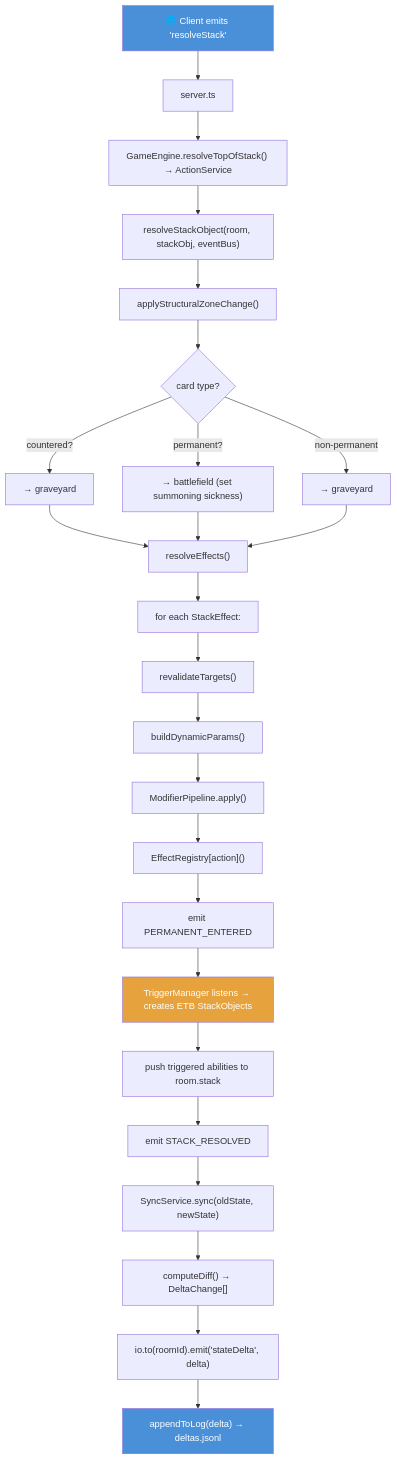
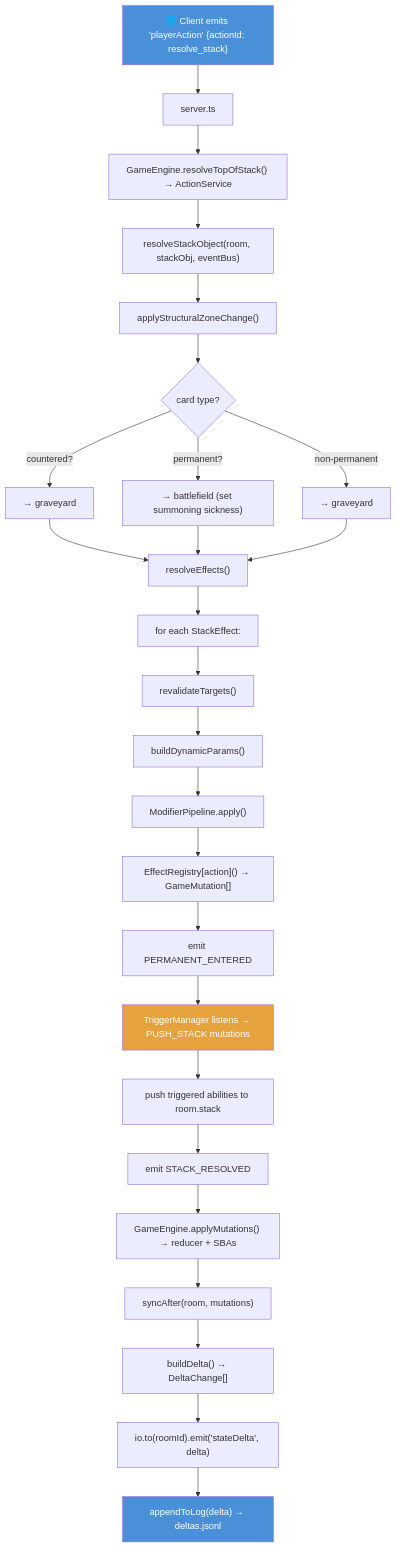
One commit to sschan39/card-game changed the second of 5 diagrams in ARCHITECTURE.md. Above: the diagram before and after it, drawn with Mermaid. The commit also changed other lines of this file, not shown here.

````diff
--- a/ARCHITECTURE.md
+++ b/ARCHITECTURE.md
@@ -519,38 +695,39 @@
 ```mermaid
 flowchart TD
-    A["🌐 Client emits 'resolveStack'"] --> B["server.ts"]
+    A["🌐 Client emits 'playerAction' {actionId: resolve_stack}"] --> B["server.ts"]
     B --> C["GameEngine.resolveTopOfStack() → ActionService"]
 
     C --> D["resolveStackObject(room, stackObj, eventBus)"]
 
     D --> E["applyStructuralZoneChange()"]
     E --> E1{"card type?"}
     E1 -->|"countered?"| E2["→ graveyard"]
     E1 -->|"permanent?"| E3["→ battlefield (set summoning sickness)"]
     E1 -->|"non-permanent"| E4["→ graveyard"]
 
     E2 --> F["resolveEffects()"]
     E3 --> F
     E4 --> F
 
     F --> G["for each StackEffect:"]
     G --> G1["revalidateTargets()"]
     G1 --> G2["buildDynamicParams()"]
     G2 --> G3["ModifierPipeline.apply()"]
-    G3 --> G4["EffectRegistry[action]()"]
+    G3 --> G4["EffectRegistry[action]() → GameMutation[]"]
 
     G4 --> H["emit PERMANENT_ENTERED"]
-    H --> H1["TriggerManager listens → creates ETB StackObjects"]
+    H --> H1["TriggerManager listens → PUSH_STACK mutations"]
     H1 --> H2["push triggered abilities to room.stack"]
 
     H2 --> I["emit STACK_RESOLVED"]
+    I --> I0["GameEngine.applyMutations() → reducer + SBAs"]
 
-    I --> J["SyncService.sync(oldState, newState)"]
-    J --> J1["computeDiff() → DeltaChange[]"]
+    I0 --> J["syncAfter(room, mutations)"]
+    J --> J1["buildDelta() → DeltaChange[]"]
     J1 --> J2["io.to(roomId).emit('stateDelta', delta)"]
     J2 --> J3["appendToLog(delta) → deltas.jsonl"]
 
     style A fill:#4a90d9,color:#fff
     style J3 fill:#4a90d9,color:#fff
     style H1 fill:#e6a23c,color:#fff
 ```
````
